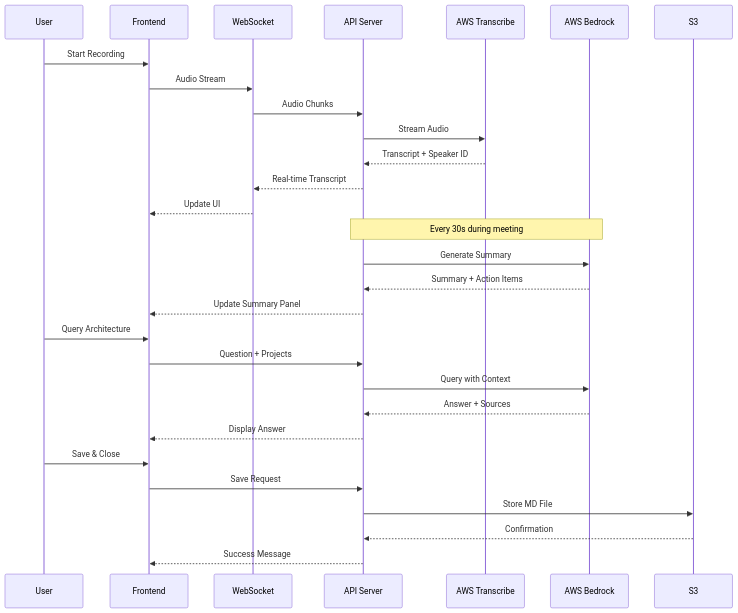
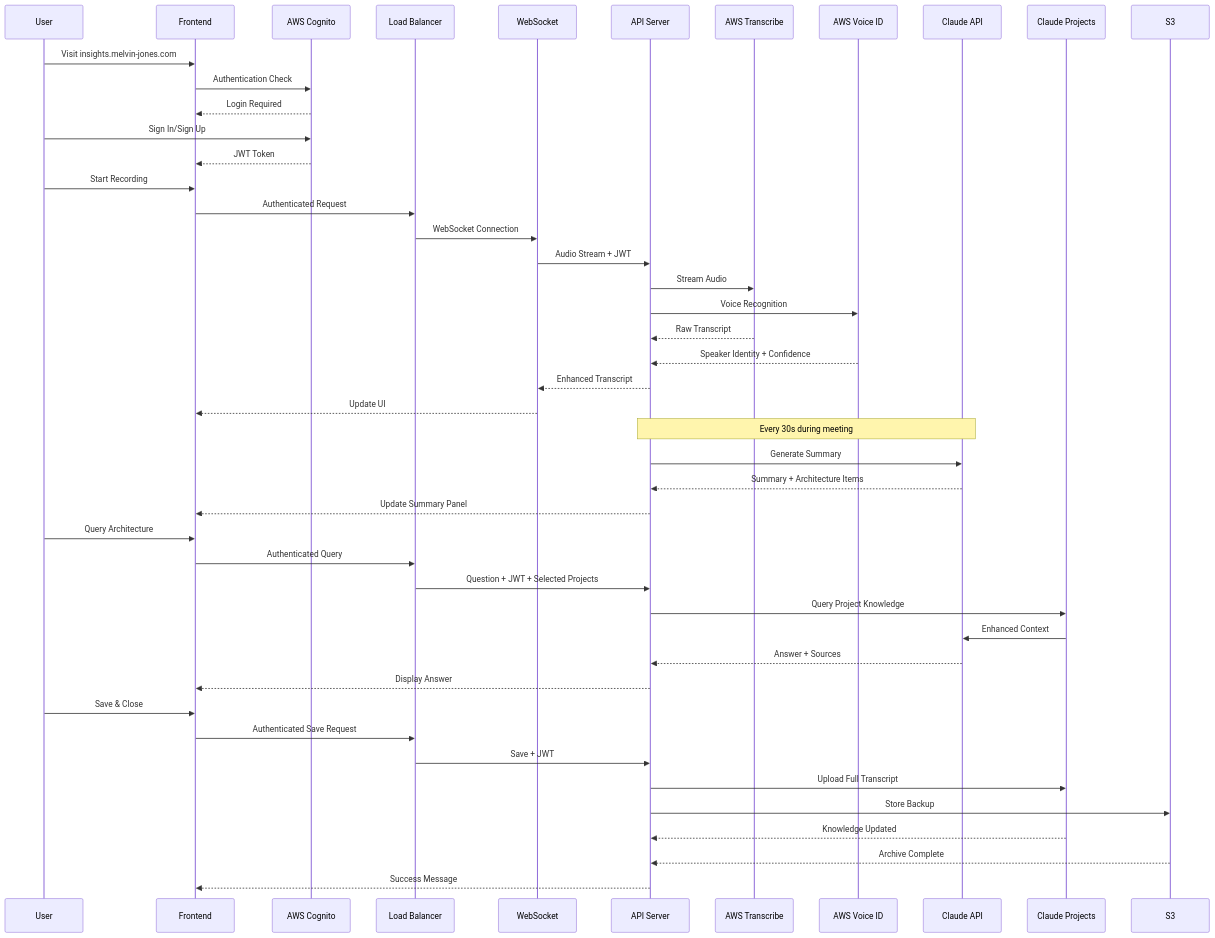
One commit to mjones3/architect-transcript-insights changed the second of 9 diagrams in README.md. Above: the diagram before and after it, drawn with Mermaid. The commit also changed other lines of this file and 46 other files, not shown here.

Commit message:
Initial commit: Architect Transcript Insights with iterative deployment setup

````diff
--- a/README.md
+++ b/README.md
@@ -55,35 +81,53 @@
 ```mermaid
 sequenceDiagram
     participant U as User
     participant F as Frontend
+    participant AUTH as AWS Cognito
+    participant ALB as Load Balancer
     participant W as WebSocket
     participant A as API Server
     participant T as AWS Transcribe
-    participant B as AWS Bedrock
+    participant V as AWS Voice ID
+    participant C as Claude API
+    participant P as Claude Projects
     participant S as S3
 
+    U->>F: Visit insights.melvin-jones.com
+    F->>AUTH: Authentication Check
+    AUTH-->>F: Login Required
+    U->>AUTH: Sign In/Sign Up
+    AUTH-->>F: JWT Token
+    
     U->>F: Start Recording
-    F->>W: Audio Stream
-    W->>A: Audio Chunks
+    F->>ALB: Authenticated Request
+    ALB->>W: WebSocket Connection
+    W->>A: Audio Stream + JWT
     A->>T: Stream Audio
-    T-->>A: Transcript + Speaker ID
-    A-->>W: Real-time Transcript
+    A->>V: Voice Recognition
+    T-->>A: Raw Transcript
+    V-->>A: Speaker Identity + Confidence
+    A-->>W: Enhanced Transcript
     W-->>F: Update UI
     
-    Note over A,B: Every 30s during meeting
-    A->>B: Generate Summary
-    B-->>A: Summary + Action Items
+    Note over A,C: Every 30s during meeting
+    A->>C: Generate Summary
+    C-->>A: Summary + Architecture Items
     A-->>F: Update Summary Panel
     
     U->>F: Query Architecture
-    F->>A: Question + Projects
-    A->>B: Query with Context
-    B-->>A: Answer + Sources
+    F->>ALB: Authenticated Query
+    ALB->>A: Question + JWT + Selected Projects
+    A->>P: Query Project Knowledge
+    P->>C: Enhanced Context
+    C-->>A: Answer + Sources
     A-->>F: Display Answer
     
     U->>F: Save & Close
-    F->>A: Save Request
-    A->>S: Store MD File
-    S-->>A: Confirmation
+    F->>ALB: Authenticated Save Request
+    ALB->>A: Save + JWT
+    A->>P: Upload Full Transcript
+    A->>S: Store Backup
+    P-->>A: Knowledge Updated
+    S-->>A: Archive Complete
     A-->>F: Success Message
 ```
````
